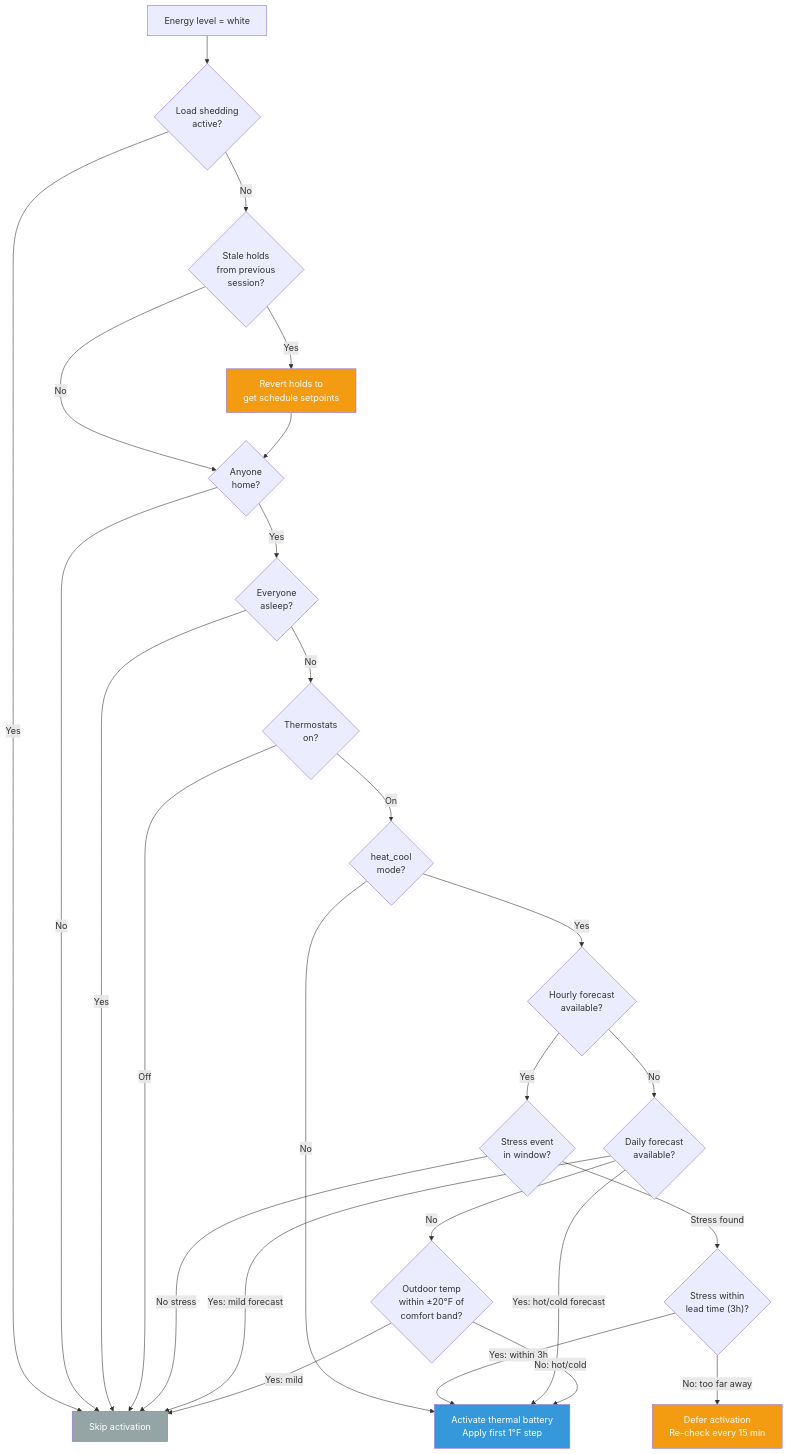
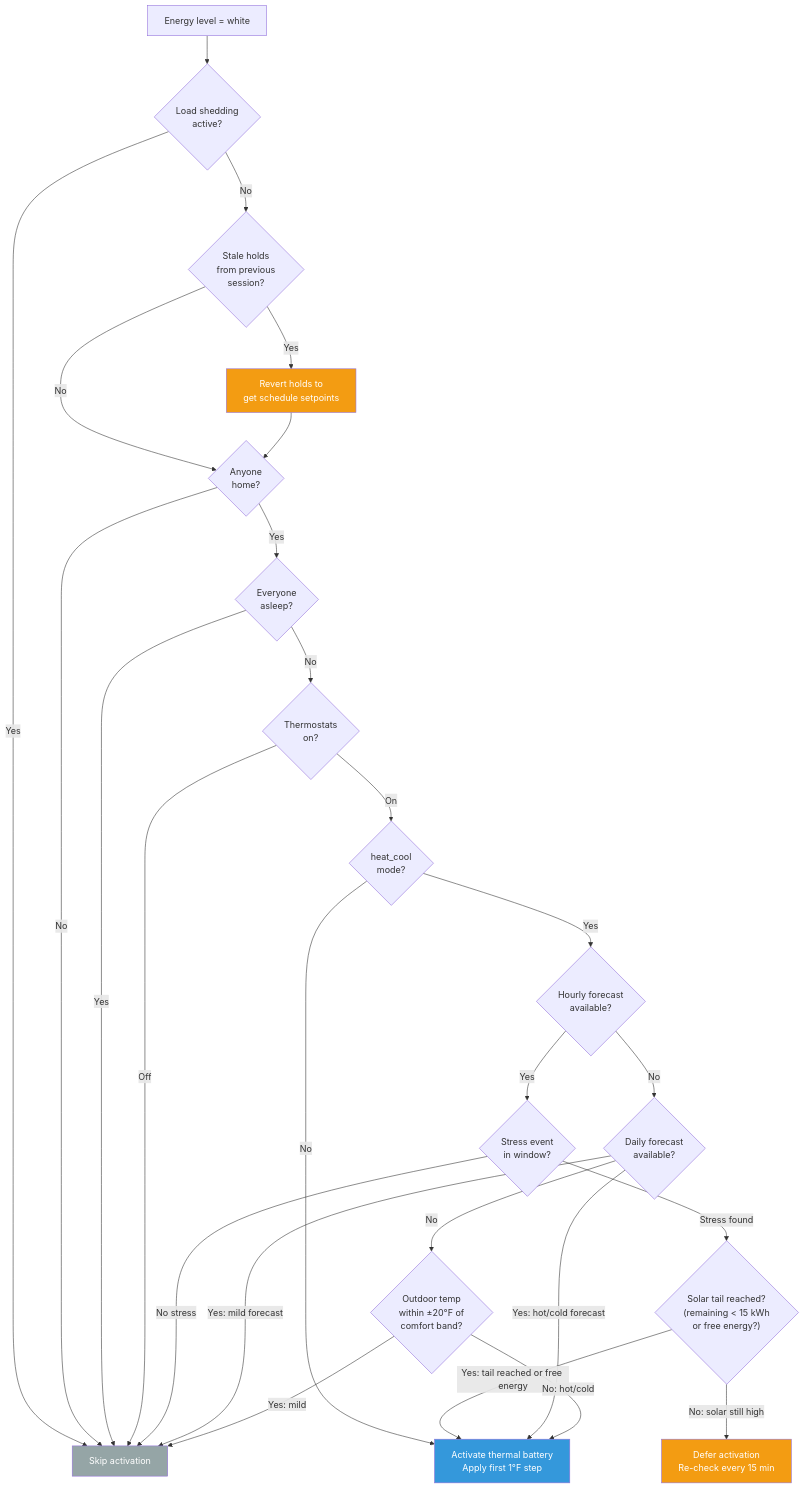
One commit to NickBorgers/home-automation changed the fourth of 7 diagrams in docs/flows/LOAD_SHEDDING.md. Above: the diagram before and after it, drawn with Mermaid. The commit also changed other lines of this file and 2 other files, not shown here.

Commit message:
docs(loadshedding): update docs for solar-tail model and add observability log
- LOAD_SHEDDING.md: replace lead-time flowchart node/edges/prose/table with
  solar-tail equivalents; add isFreeEnergyAvailable and remainingSolarGeneration
  to inputs table
- VISUAL_ARCHITECTURE.md: add RemainingSolar node to dependency graph with
  Energy->RemainingSolar write edge and FreeEnergy/RemainingSolar->LoadShedding
  read edges
- thermal_battery.go: log when remainingSolarGeneration is unavailable so
  silent fail-open activation is visible in Gravwell

````diff
--- a/docs/flows/LOAD_SHEDDING.md
+++ b/docs/flows/LOAD_SHEDDING.md
@@ -128,50 +128,50 @@
 ```mermaid
 flowchart TD
     whiteLevel["Energy level = white"]
     checkLS{"Load shedding<br/>active?"}
     checkStaleHolds{"Stale holds<br/>from previous<br/>session?"}
     revertHolds["Revert holds to<br/>get schedule setpoints"]
     checkHome{"Anyone<br/>home?"}
     checkSleep{"Everyone<br/>asleep?"}
     checkHVAC{"Thermostats<br/>on?"}
     checkMode{"heat_cool<br/>mode?"}
     checkHourly{"Hourly forecast<br/>available?"}
     checkStress{"Stress event<br/>in window?"}
-    checkLeadTime{"Stress within<br/>lead time (3h)?"}
+    checkSolarTail{"Solar tail reached?<br/>(remaining &lt; 15 kWh<br/>or free energy?)"}
     deferred["Defer activation<br/>Re-check every 15 min"]
     checkDaily{"Daily forecast<br/>available?"}
     checkOutdoor{"Outdoor temp<br/>within ±20°F of<br/>comfort band?"}
     activate["Activate thermal battery<br/>Apply first 1°F step"]
     skip["Skip activation"]
 
     whiteLevel --> checkLS
     checkLS -->|Yes| skip
     checkLS -->|No| checkStaleHolds
     checkStaleHolds -->|Yes| revertHolds
     checkStaleHolds -->|No| checkHome
     revertHolds --> checkHome
     checkHome -->|No| skip
     checkHome -->|Yes| checkSleep
     checkSleep -->|Yes| skip
     checkSleep -->|No| checkHVAC
     checkHVAC -->|Off| skip
     checkHVAC -->|On| checkMode
     checkMode -->|No| activate
     checkMode -->|Yes| checkHourly
     checkHourly -->|Yes| checkStress
     checkStress -->|No stress| skip
-    checkStress -->|Stress found| checkLeadTime
-    checkLeadTime -->|No: too far away| deferred
-    checkLeadTime -->|Yes: within 3h| activate
+    checkStress -->|Stress found| checkSolarTail
+    checkSolarTail -->|No: solar still high| deferred
+    checkSolarTail -->|Yes: tail reached or free energy| activate
     checkHourly -->|No| checkDaily
     checkDaily -->|Yes: mild forecast| skip
     checkDaily -->|Yes: hot/cold forecast| activate
     checkDaily -->|No| checkOutdoor
     checkOutdoor -->|Yes: mild| skip
     checkOutdoor -->|No: hot/cold| activate
 
     style activate fill:#3498db,color:#fff
     style skip fill:#95a5a6,color:#fff
     style deferred fill:#f39c12,color:#fff
     style revertHolds fill:#f39c12,color:#fff
 ```
````
